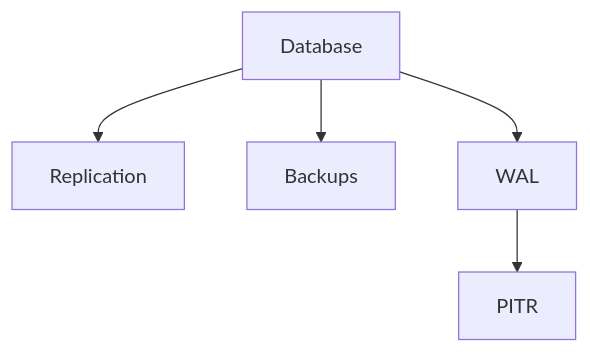
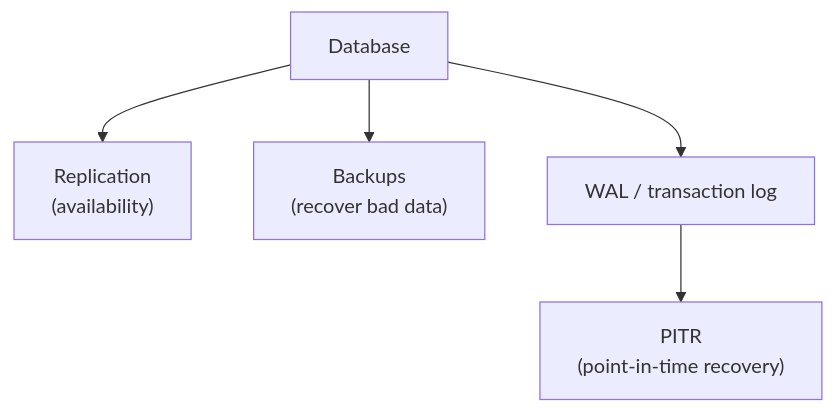
Before and after one commit to pankajThakur1874/studysheet: the seventh of 29 diagrams in files/08-edge-cases/Tier-1-Production-Failures.md, drawn with Mermaid. The commit also changed other lines of this file and 5 other files, not shown here.

````diff
--- a/files/08-edge-cases/Tier-1-Production-Failures.md
+++ b/files/08-edge-cases/Tier-1-Production-Failures.md
@@ -279,7 +341,7 @@
 ```mermaid
 flowchart TD
-    DB["Database"] --> R["Replication"]
-    DB --> B["Backups"]
-    DB --> W["WAL"]
-    W --> P["PITR"]
+    DB["Database"] --> R["Replication<br/>(availability)"]
+    DB --> B["Backups<br/>(recover bad data)"]
+    DB --> W["WAL / transaction log"]
+    W --> P["PITR<br/>(point-in-time recovery)"]
 ```
````
